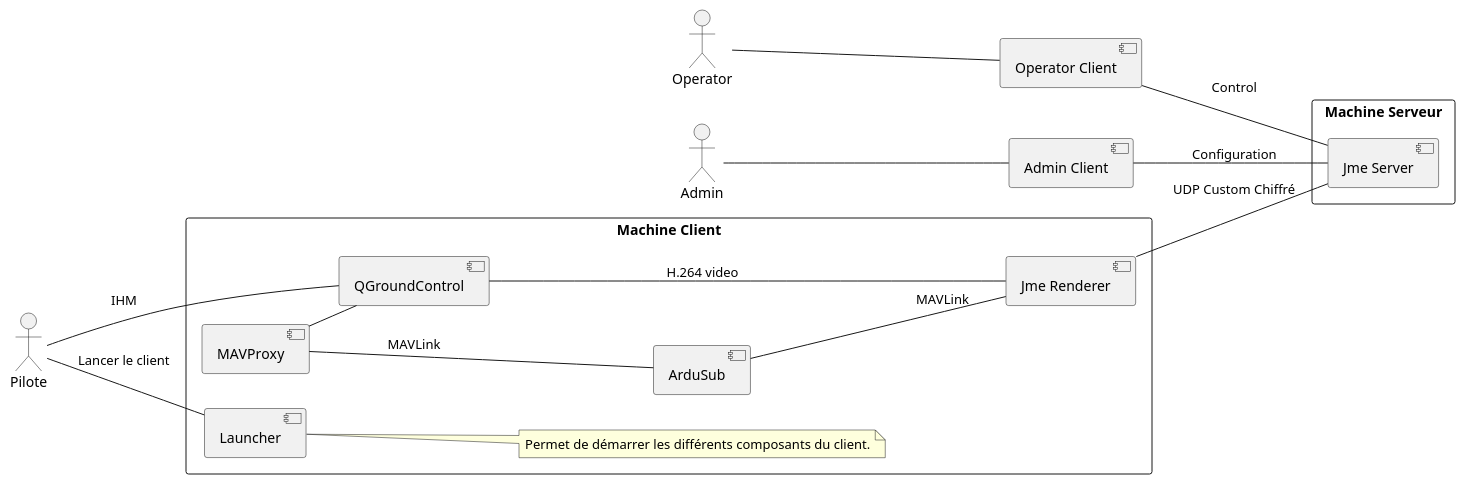
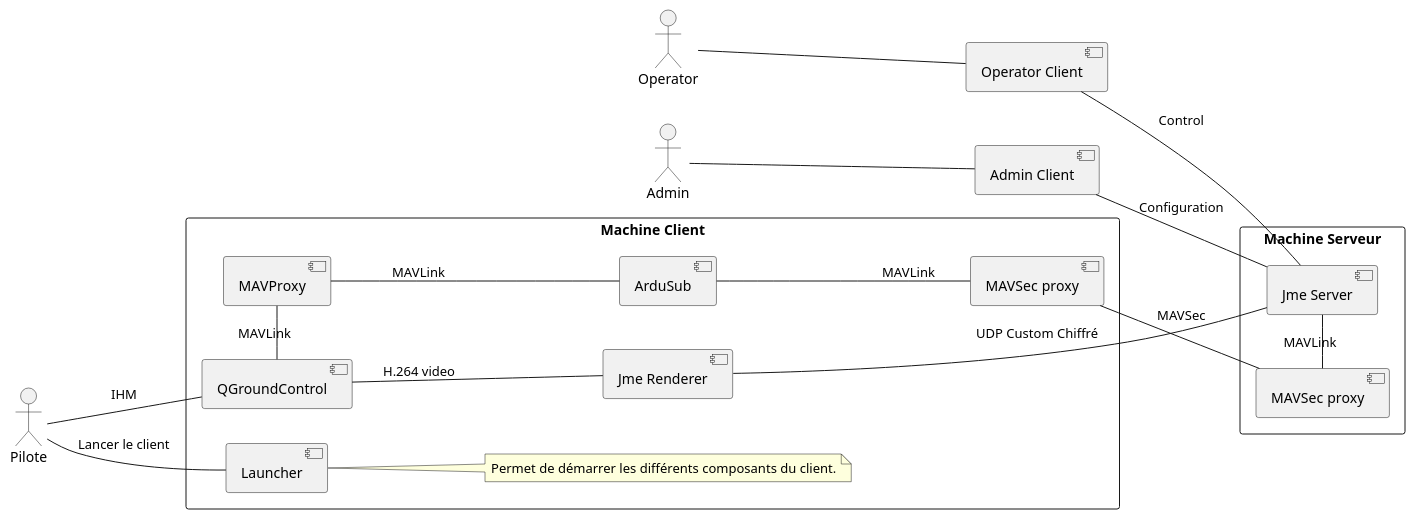
The diagram in doc/ardupilot_client_components.puml (tombartos/SAE-DRONE), drawn with PlantUML before and after one commit. The commit also changed 1 other file, not shown here.

Commit message:
updated connexions protocols and schemas in the two components diagrams

```diff
--- a/doc/ardupilot_client_components.puml
+++ b/doc/ardupilot_client_components.puml
@@ -1,41 +1,44 @@
 @startuml
 
 left to right direction
 
 actor Pilote
 actor Operator
 actor Admin
 
 rectangle "Machine Client" {
     component Launcher
     component QGroundControl
     component MAVProxy
     component ArduSub
     component "Jme Renderer" as JmeRenderer
+    component "MAVSec proxy" as SecProxy1
 
     Pilote -- QGroundControl : IHM
     Pilote -- Launcher : Lancer le client
     note right of Launcher
         Permet de démarrer les différents composants du client.
     end note
     QGroundControl -left- MAVProxy : MAVLink
     MAVProxy -- ArduSub : MAVLink
-    ArduSub -- JmeRenderer : MAVLink
+    ArduSub -- SecProxy1 : MAVLink
     QGroundControl -down- JmeRenderer : H.264 video
 }
 
 component "Operator Client" as OperatorClient
 component "Admin Client" as AdminClient
 
 rectangle "Machine Serveur" {
     component "Jme Server" as JmeServer
+    component "MAVSec proxy" as SecProxy2
 
     JmeRenderer -- JmeServer : UDP Custom Chiffré
     OperatorClient -- JmeServer : Control
     AdminClient -- JmeServer : Configuration
+    SecProxy1 -- SecProxy2 : MAVSec
+    SecProxy2 -left- JmeServer : MAVLink
 }
-
-Operator -- OperatorClient 
+Operator -- OperatorClient
 Admin -- AdminClient
 
 @enduml
```
